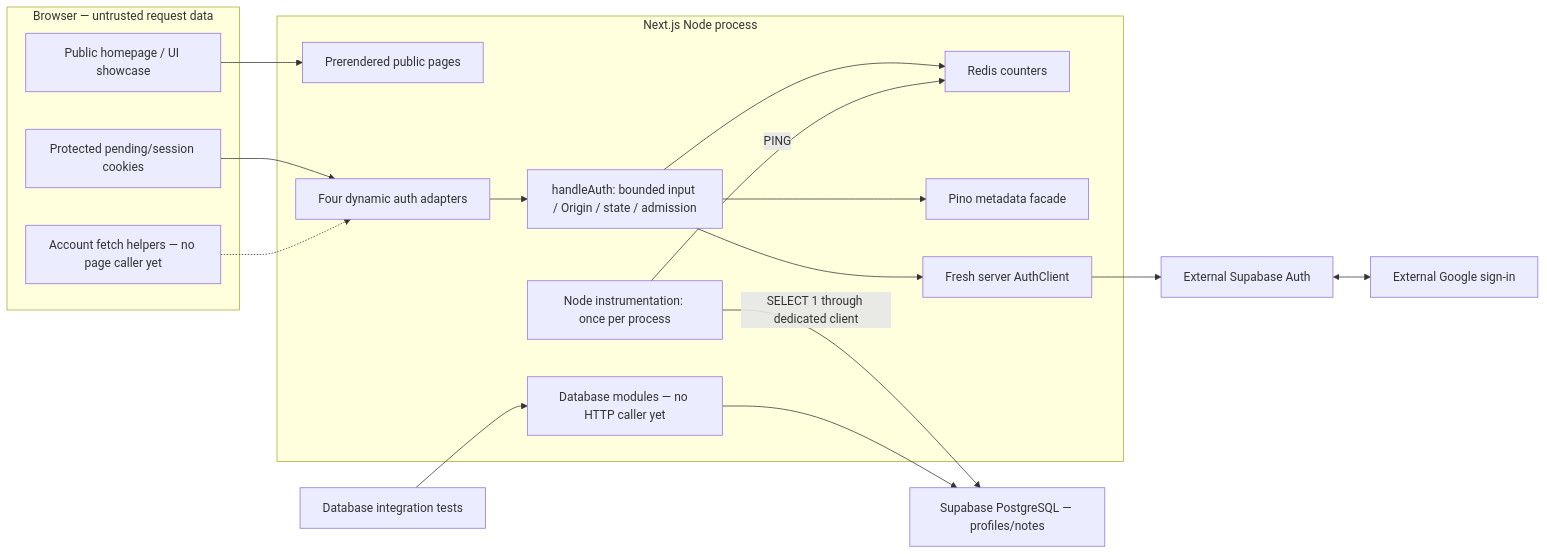
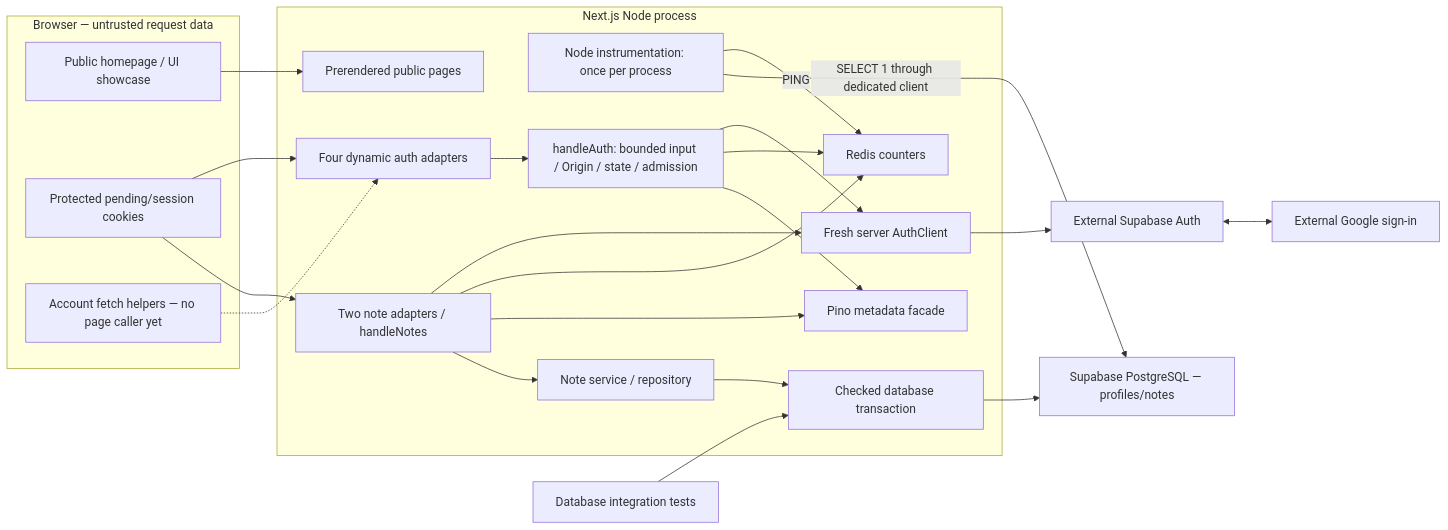
One commit to yuvrajsatyapal/MindMora changed the first of 3 diagrams in ARCHITECTURE.md. Above: the diagram before and after it, drawn with Mermaid. The commit also changed other lines of this file and 44 other files, not shown here.

````diff
--- a/ARCHITECTURE.md
+++ b/ARCHITECTURE.md
@@ -14,30 +14,37 @@
 ```mermaid
 flowchart LR
   subgraph Browser["Browser — untrusted request data"]
     UI["Public homepage / UI showcase"]
     Cookie["Protected pending/session cookies"]
     Helper["Account fetch helpers — no page caller yet"]
   end
   subgraph Node["Next.js Node process"]
     Public["Prerendered public pages"]
     Startup["Node instrumentation: once per process"]
     Routes["Four dynamic auth adapters"]
     Policy["handleAuth: bounded input / Origin / state / admission"]
     Redis["Redis counters"]
     Log["Pino metadata facade"]
     SDK["Fresh server AuthClient"]
-    DBCode["Database modules — no HTTP caller yet"]
+    NoteRoutes["Two note adapters / handleNotes"]
+    NoteService["Note service / repository"]
+    DBCode["Checked database transaction"]
   end
   UI --> Public
   Cookie --> Routes
   Helper -.-> Routes
   Routes --> Policy --> SDK
   Policy --> Redis
   Policy --> Log
   SDK --> Auth["External Supabase Auth"]
   Auth <--> Google["External Google sign-in"]
   Startup -->|PING| Redis
   Startup -->|SELECT 1 through dedicated client| PG
+  Cookie --> NoteRoutes
+  NoteRoutes --> SDK
+  NoteRoutes --> Redis
+  NoteRoutes --> Log
+  NoteRoutes --> NoteService --> DBCode
   Tests["Database integration tests"] --> DBCode
   DBCode --> PG["Supabase PostgreSQL — profiles/notes"]
 ```
````
